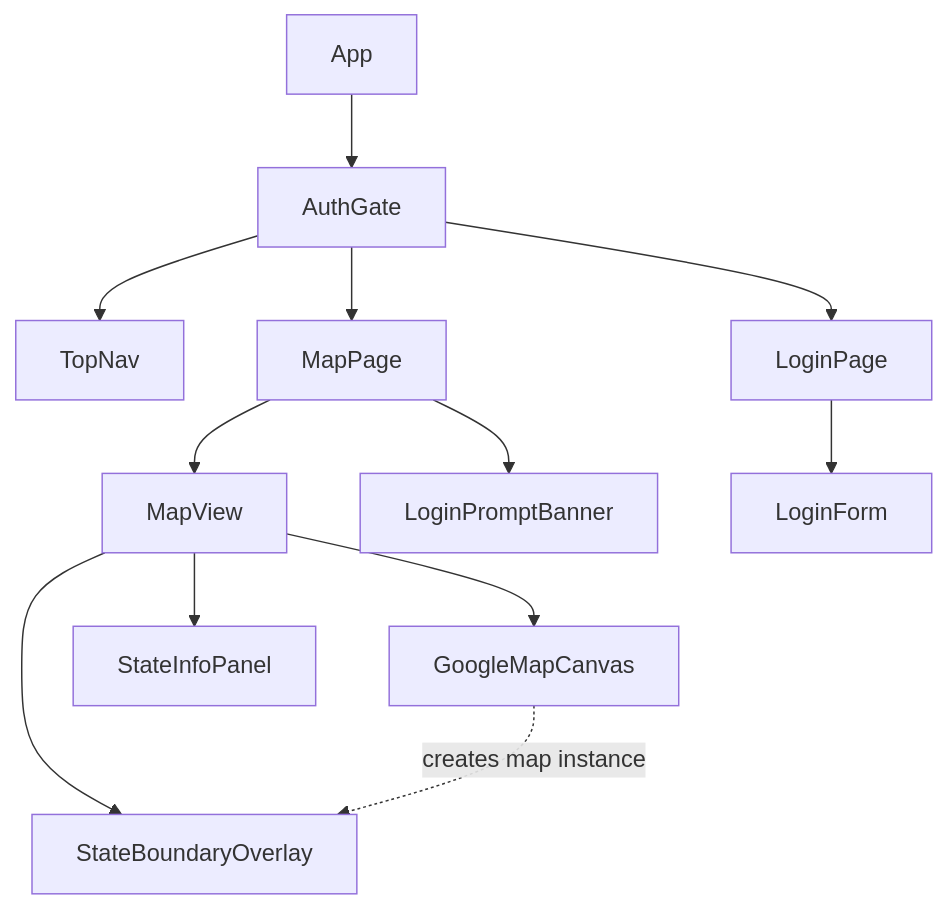
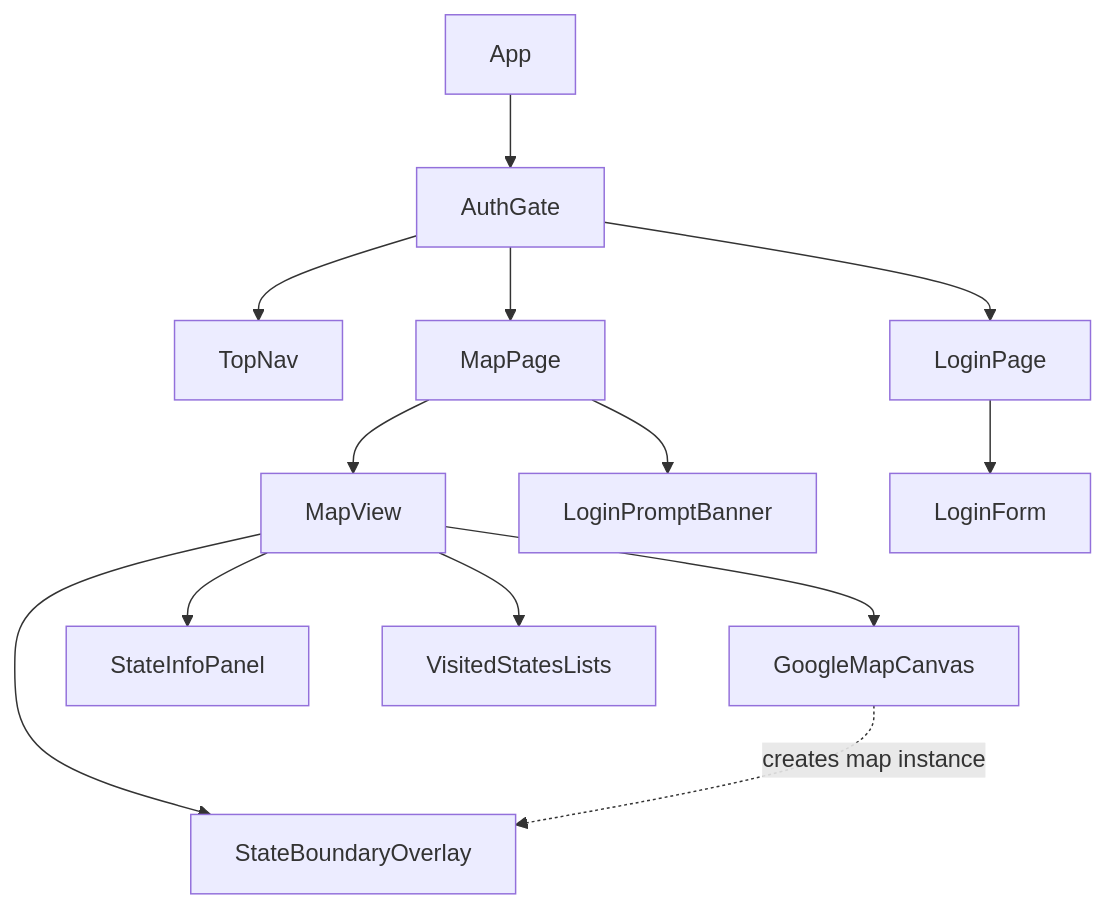
Before and after one commit to brentsowers1/coordinatecommons: the first of 4 diagrams in .kiro/specs/state-visit-tracker/design.md, drawn with Mermaid. The commit also changed other lines of this file and 8 other files, not shown here.

````diff
--- a/.kiro/specs/state-visit-tracker/design.md
+++ b/.kiro/specs/state-visit-tracker/design.md
@@ -27,14 +27,15 @@
 ```mermaid
 graph TD
     App --> AuthGate
     AuthGate --> TopNav
     AuthGate --> MapPage
     AuthGate --> LoginPage
     MapPage --> MapView
     MapPage --> LoginPromptBanner
     MapView --> GoogleMapCanvas
     MapView --> StateBoundaryOverlay
     MapView --> StateInfoPanel
+    MapView --> VisitedStatesLists
     GoogleMapCanvas -. "creates map instance" .-> StateBoundaryOverlay
     LoginPage --> LoginForm
 ```
````
